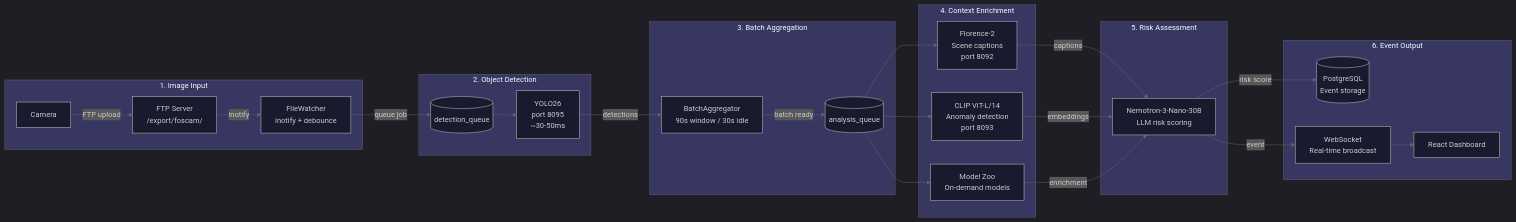
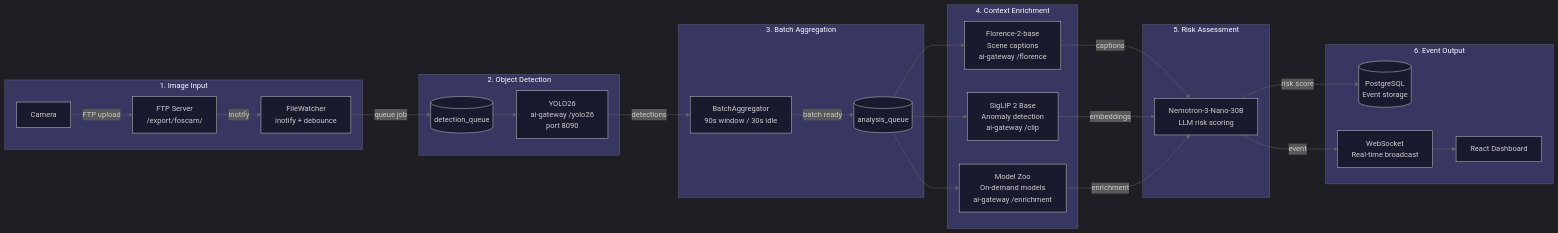
The diagram in docs/guides/video-analytics.md (mikesvoboda/nemotron-v3-home-security-intelligence), drawn with Mermaid before and after one commit. The commit also changed other lines of this file and 313 other files, not shown here.

````diff
--- a/docs/guides/video-analytics.md
+++ b/docs/guides/video-analytics.md
@@ -32,63 +32,63 @@
 ```mermaid
 %%{init: {
   'theme': 'dark',
   'themeVariables': {
     'primaryColor': '#3B82F6',
     'primaryTextColor': '#FFFFFF',
     'primaryBorderColor': '#60A5FA',
     'secondaryColor': '#A855F7',
     'tertiaryColor': '#009688',
     'background': '#121212',
     'mainBkg': '#1a1a2e',
     'lineColor': '#666666'
   }
 }}%%
 flowchart LR
     subgraph Input["1. Image Input"]
         CAM[Camera]
         FTP[FTP Server<br/>/export/foscam/]
         FW[FileWatcher<br/>inotify + debounce]
     end
 
     subgraph Detection["2. Object Detection"]
         DQ[(detection_queue)]
-        YOLO[YOLO26<br/>port 8095<br/>~30-50ms]
+        YOLO[YOLO26<br/>ai-gateway /yolo26<br/>port 8090]
     end
 
     subgraph Batching["3. Batch Aggregation"]
         BA[BatchAggregator<br/>90s window / 30s idle]
         AQ[(analysis_queue)]
     end
 
     subgraph Enrichment["4. Context Enrichment"]
-        FLOR[Florence-2<br/>Scene captions<br/>port 8092]
-        CLIP[CLIP ViT-L/14<br/>Anomaly detection<br/>port 8093]
-        MZ[Model Zoo<br/>On-demand models]
+        FLOR[Florence-2-base<br/>Scene captions<br/>ai-gateway /florence]
+        CLIP[SigLIP 2 Base<br/>Anomaly detection<br/>ai-gateway /clip]
+        MZ[Model Zoo<br/>On-demand models<br/>ai-gateway /enrichment]
     end
 
     subgraph Analysis["5. Risk Assessment"]
         NEM[Nemotron-3-Nano-30B<br/>LLM risk scoring]
     end
 
     subgraph Output["6. Event Output"]
         DB[(PostgreSQL<br/>Event storage)]
         WS[WebSocket<br/>Real-time broadcast]
         UI[React Dashboard]
     end
 
     CAM -->|FTP upload| FTP
     FTP -->|inotify| FW
     FW -->|queue job| DQ
     DQ --> YOLO
     YOLO -->|detections| BA
     BA -->|batch ready| AQ
     AQ --> FLOR
     AQ --> CLIP
     AQ --> MZ
     FLOR -->|captions| NEM
     CLIP -->|embeddings| NEM
     MZ -->|enrichment| NEM
     NEM -->|risk score| DB
     NEM -->|event| WS
     WS --> UI
 ```
````
